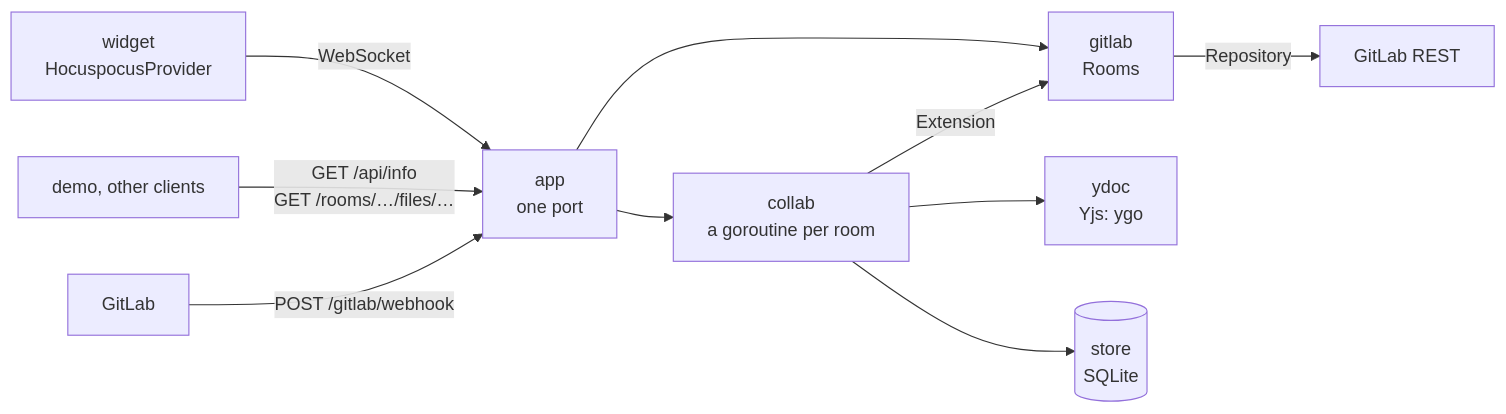
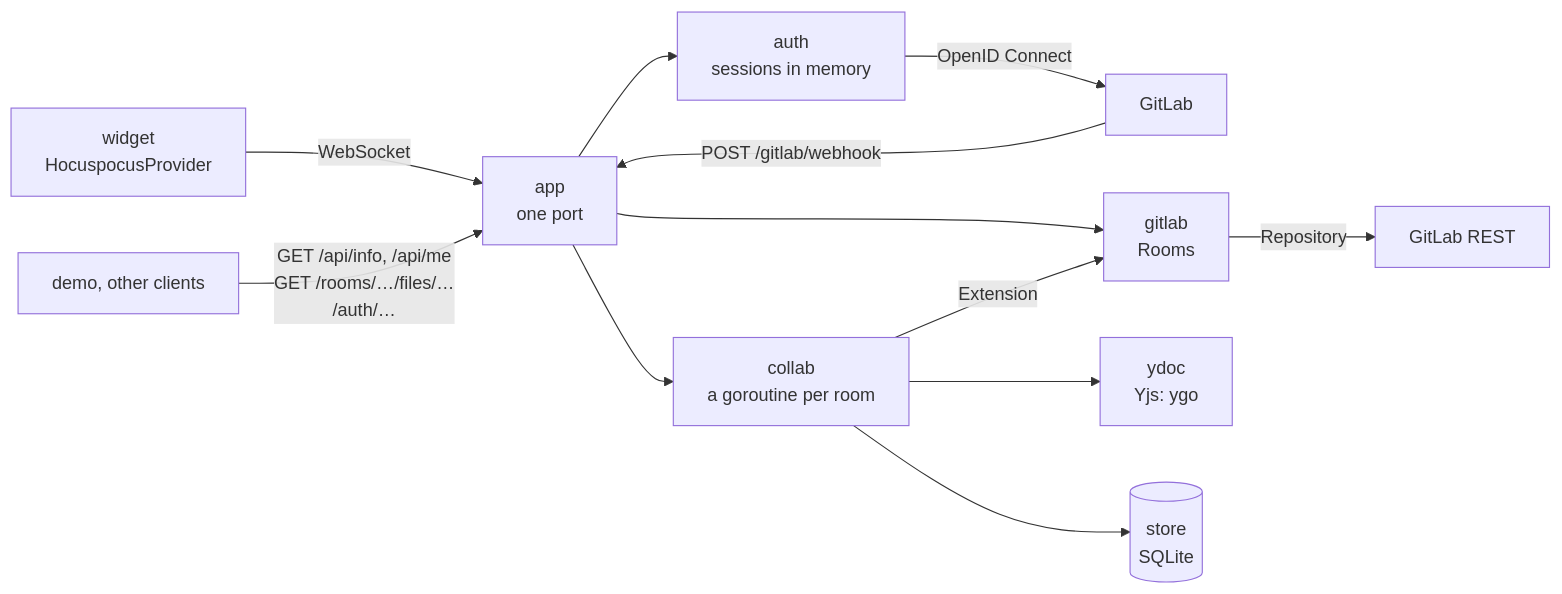
Before and after one commit to sandstorm/zwiebelfisch: the diagram in docs/diagrams/server.mmd, drawn with Mermaid. The commit also changed 65 other files, not shown here.

First line of the commit message:
Sign-in with OpenID Connect replaces the TYPST_COLLAB_TOKEN stub

```diff
--- a/docs/diagrams/server.mmd
+++ b/docs/diagrams/server.mmd
@@ -1,10 +1,12 @@
 flowchart LR
   W[widget<br/>HocuspocusProvider] -- WebSocket --> A
-  B[demo, other clients] -- "GET /api/info<br/>GET /rooms/…/files/…" --> A
+  B[demo, other clients] -- "GET /api/info, /api/me<br/>GET /rooms/…/files/…<br/>/auth/…" --> A
+  A --> AU[auth<br/>sessions in memory]
+  AU -- "OpenID Connect" --> GL
   GL[GitLab] -- "POST /gitlab/webhook" --> A
   A[app<br/>one port] --> C[collab<br/>a goroutine per room]
   A --> X
   C --> Y[ydoc<br/>Yjs: ygo]
   C --> S[(store<br/>SQLite)]
   C -- Extension --> X[gitlab<br/>Rooms]
   X -- Repository --> R[GitLab REST]
```
